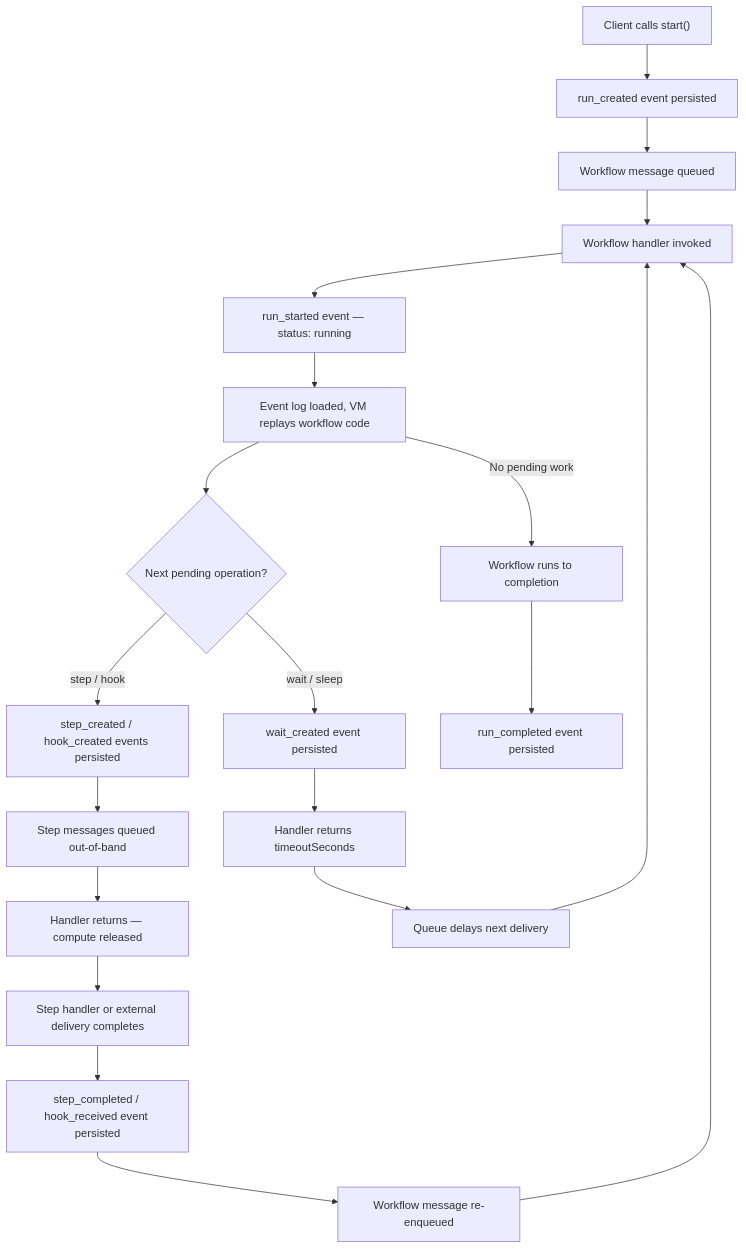
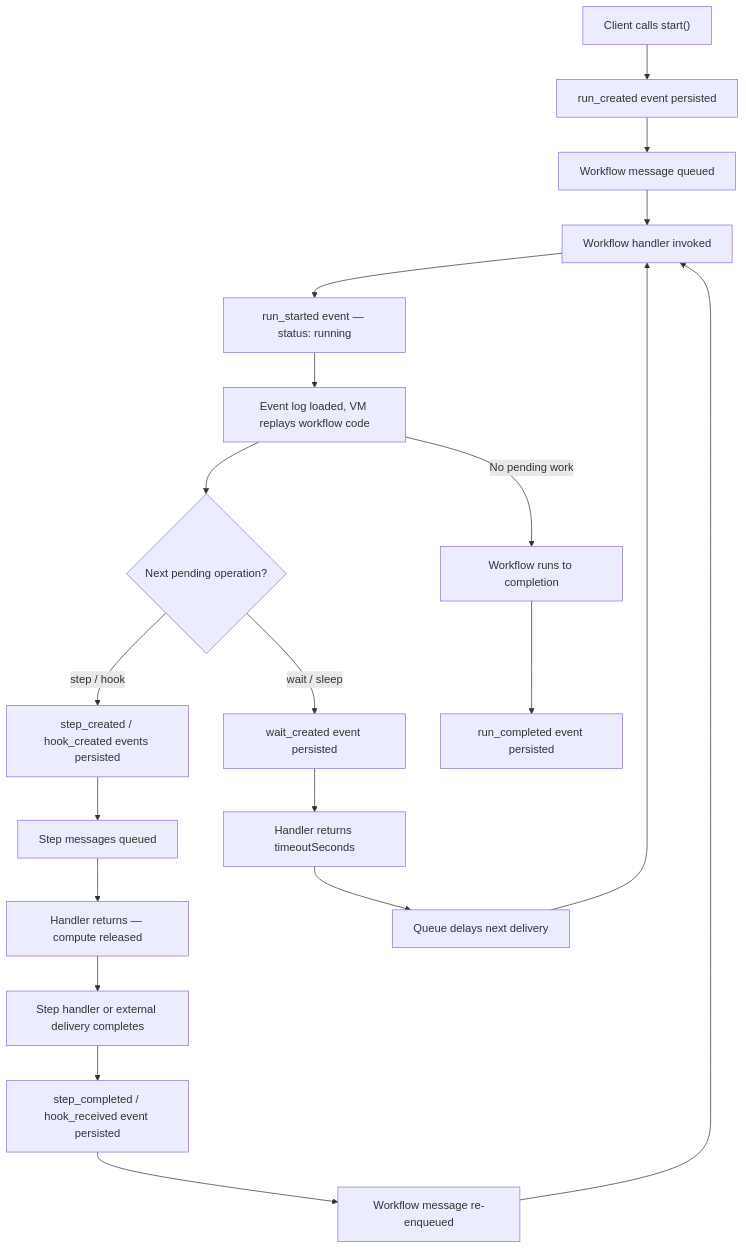
The diagram in docs/content/deep-dives/cost-model-fluid-compute-reference.mdx (yikZero/workflow), drawn with Mermaid before and after one commit. The commit also changed other lines of this file and 2 other files, not shown here.

````diff
--- a/docs/content/deep-dives/cost-model-fluid-compute-reference.mdx
+++ b/docs/content/deep-dives/cost-model-fluid-compute-reference.mdx
@@ -35,22 +37,22 @@
 ```mermaid
 flowchart TD
     A["Client calls start()"] --> B["run_created event persisted"]
     B --> C["Workflow message queued"]
     C --> D["Workflow handler invoked"]
     D --> E["run_started event — status: running"]
     E --> F["Event log loaded, VM replays workflow code"]
     F --> G{"Next pending operation?"}
     G -->|"step / hook"| H["step_created / hook_created events persisted"]
-    H --> I["Step messages queued out-of-band"]
+    H --> I["Step messages queued"]
     I --> J["Handler returns — compute released"]
     J --> K["Step handler or external delivery completes"]
     K --> L["step_completed / hook_received event persisted"]
     L --> M["Workflow message re-enqueued"]
     M --> D
     G -->|"wait / sleep"| N["wait_created event persisted"]
     N --> O["Handler returns timeoutSeconds"]
     O --> P["Queue delays next delivery"]
     P --> D
     F -->|"No pending work"| Q["Workflow runs to completion"]
     Q --> R["run_completed event persisted"]
 ```
````
